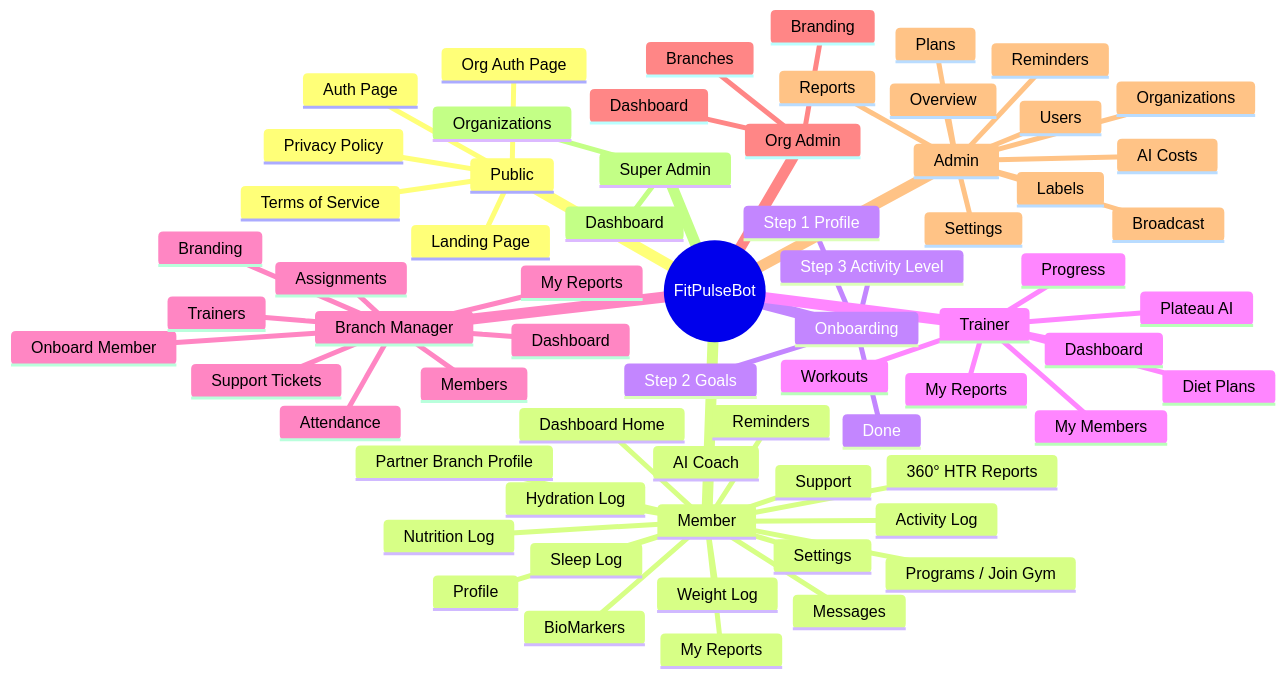
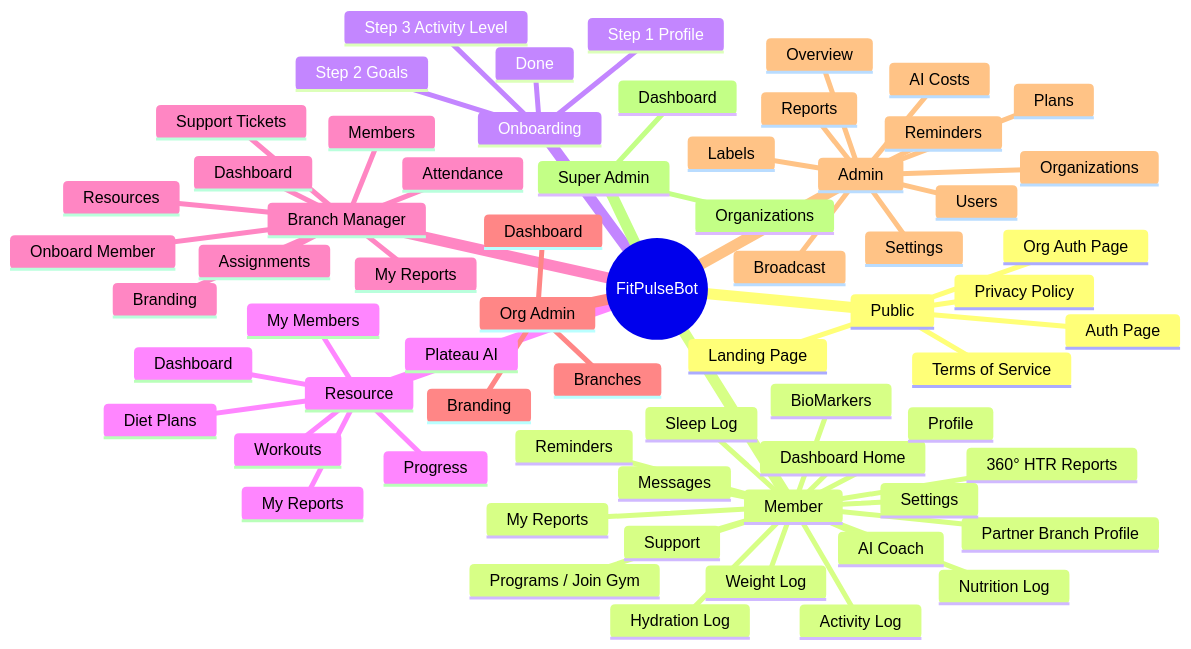
One commit to sanjaydhiman82/fitpulsebot-new-ui changed the seventh of 8 diagrams in README.md. Above: the diagram before and after it, drawn with Mermaid. The commit also changed other lines of this file and 30 other files, not shown here.

````diff
--- a/README.md
+++ b/README.md
@@ -416,69 +416,69 @@
 ```mermaid
 mindmap
   root((FitPulseBot))
     Public
       Landing Page
       Auth Page
       Org Auth Page
       Privacy Policy
       Terms of Service
     Member
       Dashboard Home
       Activity Log
       Nutrition Log
       Hydration Log
       Sleep Log
       Weight Log
       360° HTR Reports
       My Reports
       BioMarkers
       AI Coach
       Programs / Join Gym
       Partner Branch Profile
       Profile
       Reminders
       Support
       Messages
       Settings
     Onboarding
       Step 1 Profile
       Step 2 Goals
       Step 3 Activity Level
       Done
-    Trainer
+    Resource
       Dashboard
       My Members
       Workouts
       Diet Plans
       Plateau AI
       Progress
       My Reports
     Branch Manager
       Dashboard
       Onboard Member
       Members
-      Trainers
+      Resources
       Assignments
       Attendance
       Support Tickets
       My Reports
       Branding
     Org Admin
       Dashboard
       Branches
       Branding
     Admin
       Overview
       Organizations
       Users
       AI Costs
       Reports
       Plans
       Labels
       Reminders
       Broadcast
       Settings
     Super Admin
       Dashboard
       Organizations
 ```
````
